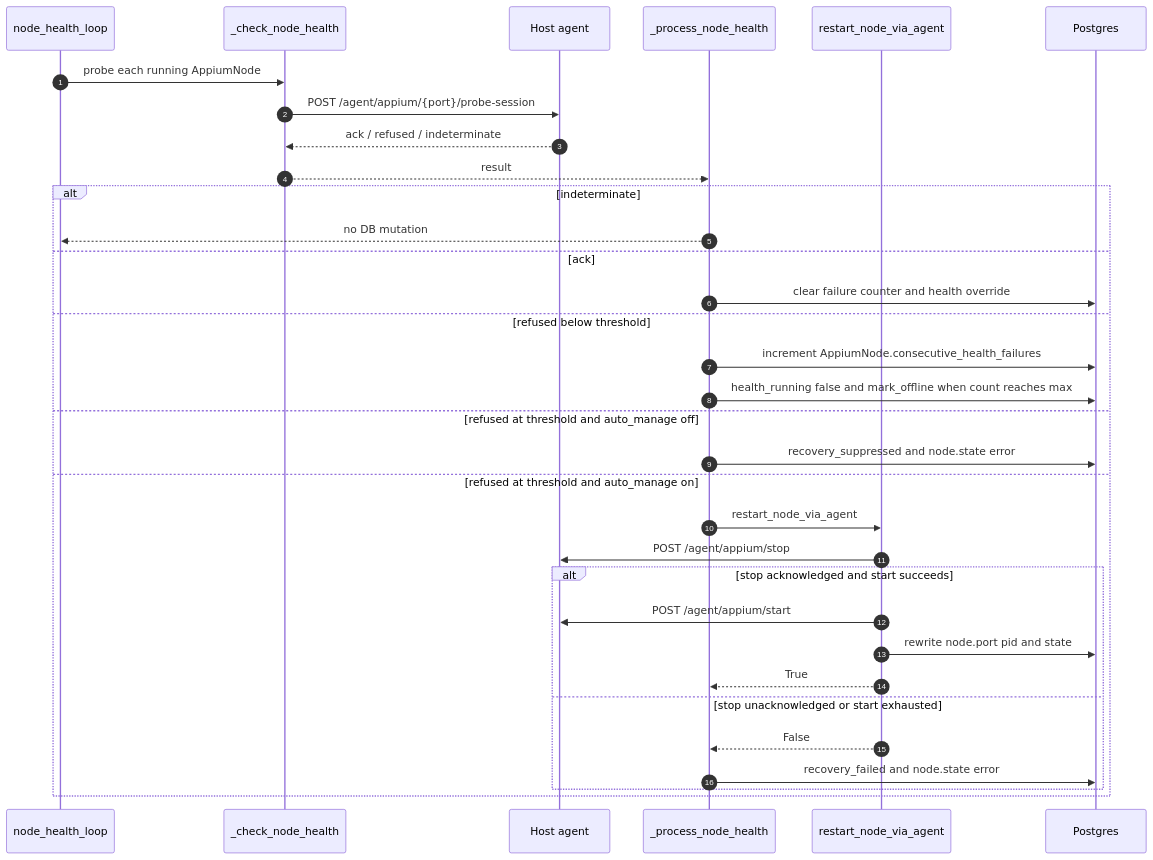
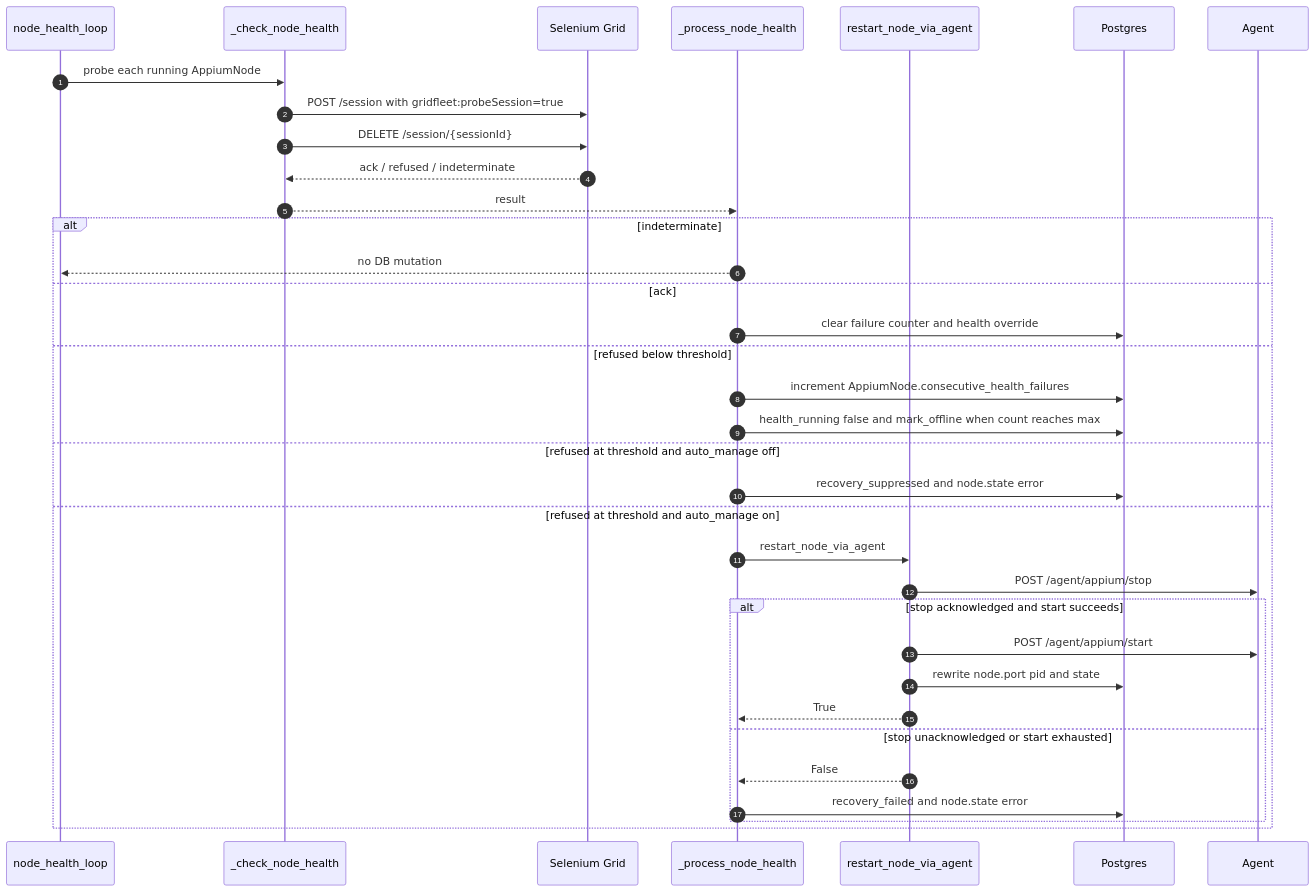
One commit to quidow/gridfleet changed the fifth of 5 diagrams in docs/design/02-node-lifecycle.md. Above: the diagram before and after it, drawn with Mermaid. The commit also changed 2 other files, not shown here.

Commit message:
docs(main): document grid-routed probe sessions

````diff
--- a/docs/design/02-node-lifecycle.md
+++ b/docs/design/02-node-lifecycle.md
@@ -177,36 +177,37 @@
 ```mermaid
 sequenceDiagram
     autonumber
     participant L as node_health_loop
     participant Probe as _check_node_health
-    participant Agent as Host agent
+    participant Grid as Selenium Grid
     participant Process as _process_node_health
     participant Restart as restart_node_via_agent
     participant Pg as Postgres
 
     L->>Probe: probe each running AppiumNode
-    Probe->>Agent: POST /agent/appium/{port}/probe-session
-    Agent-->>Probe: ack / refused / indeterminate
+    Probe->>Grid: POST /session with gridfleet:probeSession=true
+    Probe->>Grid: DELETE /session/{sessionId}
+    Grid-->>Probe: ack / refused / indeterminate
     Probe-->>Process: result
     alt indeterminate
         Process-->>L: no DB mutation
     else ack
         Process->>Pg: clear failure counter and health override
     else refused below threshold
         Process->>Pg: increment AppiumNode.consecutive_health_failures
         Process->>Pg: health_running false and mark_offline when count reaches max
     else refused at threshold and auto_manage off
         Process->>Pg: recovery_suppressed and node.state error
     else refused at threshold and auto_manage on
         Process->>Restart: restart_node_via_agent
         Restart->>Agent: POST /agent/appium/stop
         alt stop acknowledged and start succeeds
             Restart->>Agent: POST /agent/appium/start
             Restart->>Pg: rewrite node.port pid and state
             Restart-->>Process: True
         else stop unacknowledged or start exhausted
             Restart-->>Process: False
             Process->>Pg: recovery_failed and node.state error
         end
     end
 ```
````
